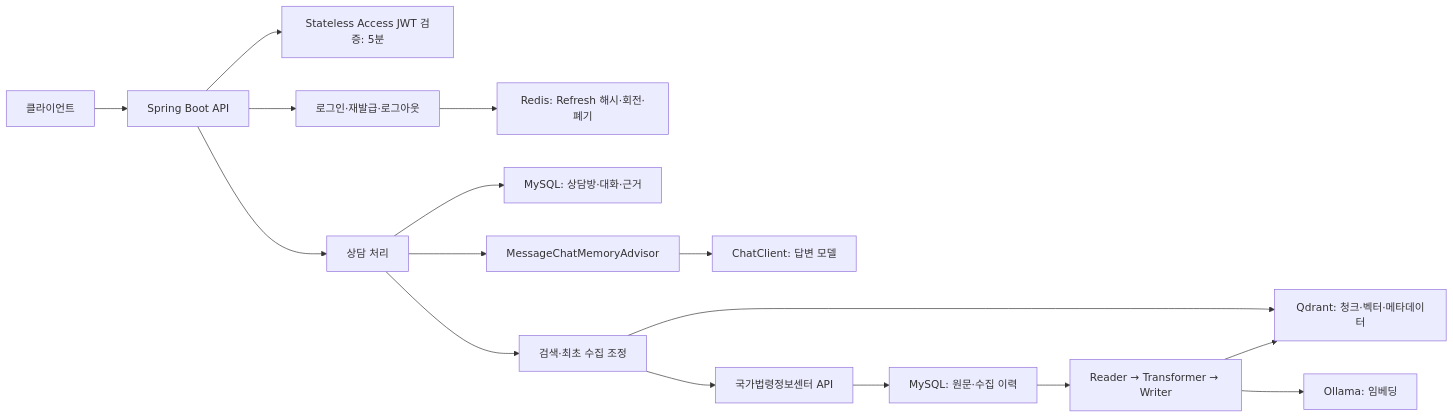
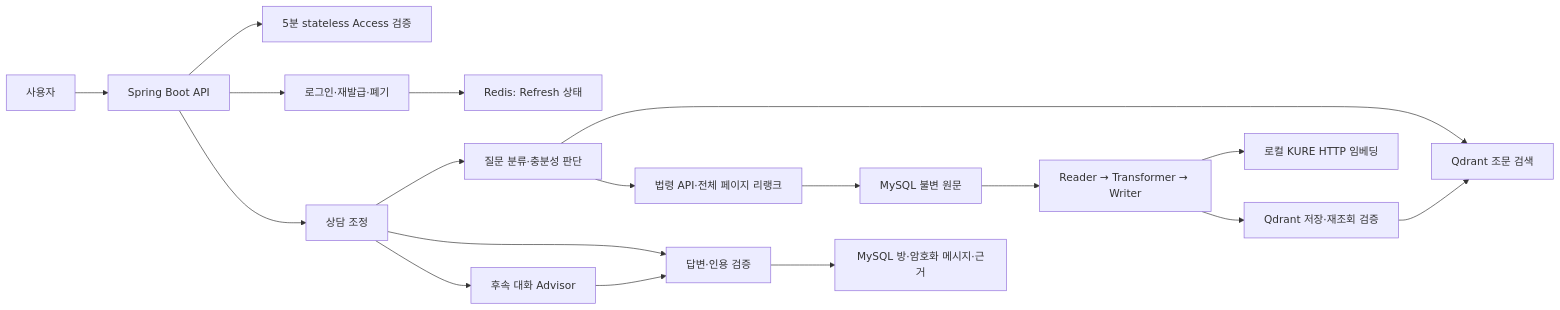
Before and after one commit to ranpia/MoleLaw_backend: the diagram in README.md, drawn with Mermaid. The commit also changed other lines of this file and 133 other files, not shown here.

````diff
--- a/README.md
+++ b/README.md
@@ -38,18 +31,20 @@
 ```mermaid
 flowchart LR
-    Client[클라이언트] --> API[Spring Boot API]
-    API --> Auth[Stateless Access JWT 검증: 5분]
-    API --> RefreshFlow[로그인·재발급·로그아웃]
-    RefreshFlow --> Redis[Redis: Refresh 해시·회전·폐기]
-    API --> Chat[상담 처리]
-    Chat --> History[MySQL: 상담방·대화·근거]
-    Chat --> Advisor[MessageChatMemoryAdvisor]
-    Advisor --> Answer[ChatClient: 답변 모델]
-    Chat --> Retrieval[검색·최초 수집 조정]
-    Retrieval --> Qdrant[Qdrant: 청크·벡터·메타데이터]
-    Retrieval --> OpenLaw[국가법령정보센터 API]
-    OpenLaw --> Source[MySQL: 원문·수집 이력]
+    Client[사용자] --> API[Spring Boot API]
+    API --> Auth[5분 stateless Access 검증]
+    API --> Refresh[로그인·재발급·폐기]
+    Refresh --> Redis[Redis: Refresh 상태]
+    API --> Chat[상담 조정]
+    Chat --> Plan[질문 분류·충분성 판단]
+    Plan --> Search[Qdrant 조문 검색]
+    Plan --> Collect[법령 API·전체 페이지 리랭크]
+    Collect --> Source[MySQL 불변 원문]
     Source --> ETL[Reader → Transformer → Writer]
-    ETL --> Ollama[Ollama: 임베딩]
-    ETL --> Qdrant
+    ETL --> Embed[로컬 KURE HTTP 임베딩]
+    ETL --> Verify[Qdrant 저장·재조회 검증]
+    Verify --> Search
+    Chat --> Answer[답변·인용 검증]
+    Chat --> Advisor[후속 대화 Advisor]
+    Advisor --> Answer
+    Answer --> Store[MySQL 방·암호화 메시지·근거]
 ```
````
